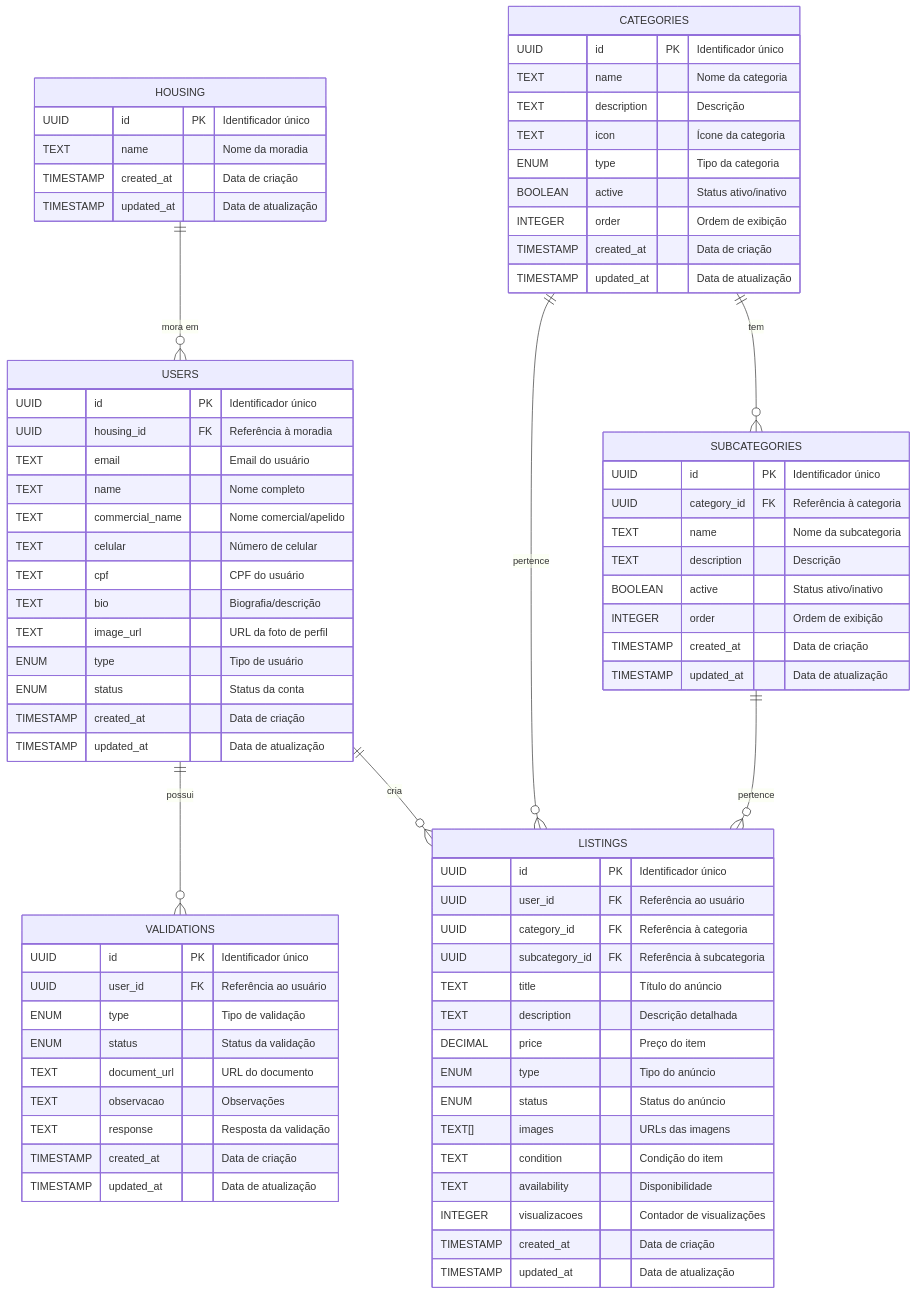
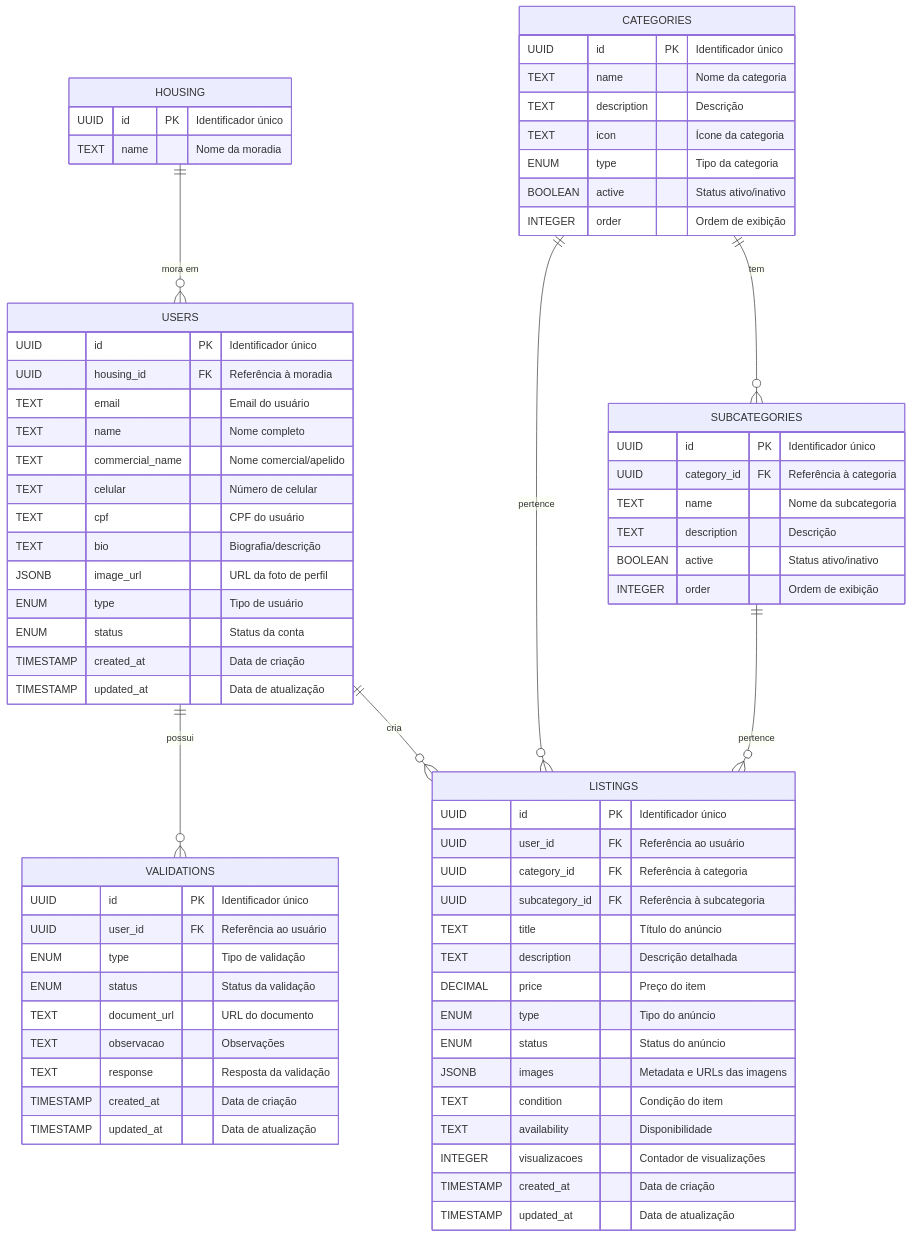
Before and after one commit to luborgess/morahub: the diagram in docs/database-archtecture.md, drawn with Mermaid. The commit also changed other lines of this file and 1 other file, not shown here.

```diff
--- a/docs/database-archtecture.md
+++ b/docs/database-archtecture.md
@@ -18,8 +18,6 @@
     HOUSING {
         UUID id PK "Identificador único"
         TEXT name "Nome da moradia"
-        TIMESTAMP created_at "Data de criação"
-        TIMESTAMP updated_at "Data de atualização"
     }
 
     USERS {
@@ -31,7 +29,7 @@
         TEXT celular "Número de celular"
         TEXT cpf "CPF do usuário"
         TEXT bio "Biografia/descrição"
-        TEXT image_url "URL da foto de perfil"
+        JSONB image_url "URL da foto de perfil"
         ENUM type "Tipo de usuário"
         ENUM status "Status da conta"
         TIMESTAMP created_at "Data de criação"
@@ -58,8 +56,6 @@
         ENUM type "Tipo da categoria"
         BOOLEAN active "Status ativo/inativo"
         INTEGER order "Ordem de exibição"
-        TIMESTAMP created_at "Data de criação"
-        TIMESTAMP updated_at "Data de atualização"
     }
 
     SUBCATEGORIES {
@@ -69,8 +65,6 @@
         TEXT description "Descrição"
         BOOLEAN active "Status ativo/inativo"
         INTEGER order "Ordem de exibição"
-        TIMESTAMP created_at "Data de criação"
-        TIMESTAMP updated_at "Data de atualização"
     }
 
     LISTINGS {
@@ -83,7 +77,7 @@
         DECIMAL price "Preço do item"
         ENUM type "Tipo do anúncio"
         ENUM status "Status do anúncio"
-        TEXT[] images "URLs das imagens"
+        JSONB images "Metadata e URLs das imagens"
         TEXT condition "Condição do item"
         TEXT availability "Disponibilidade"
         INTEGER visualizacoes "Contador de visualizações"
```
